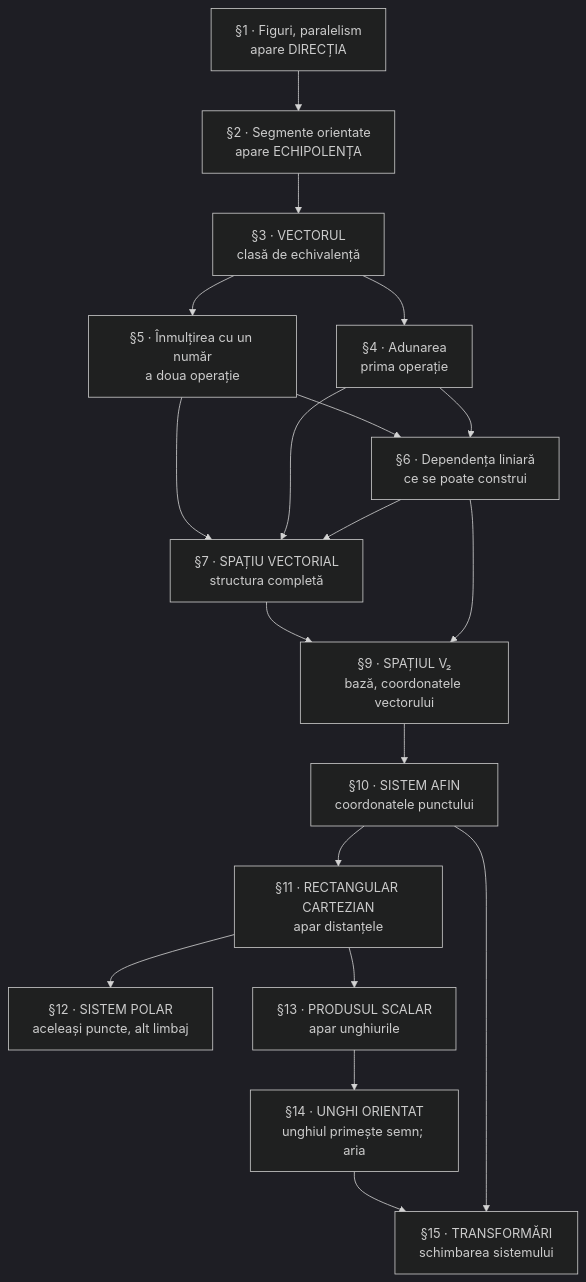
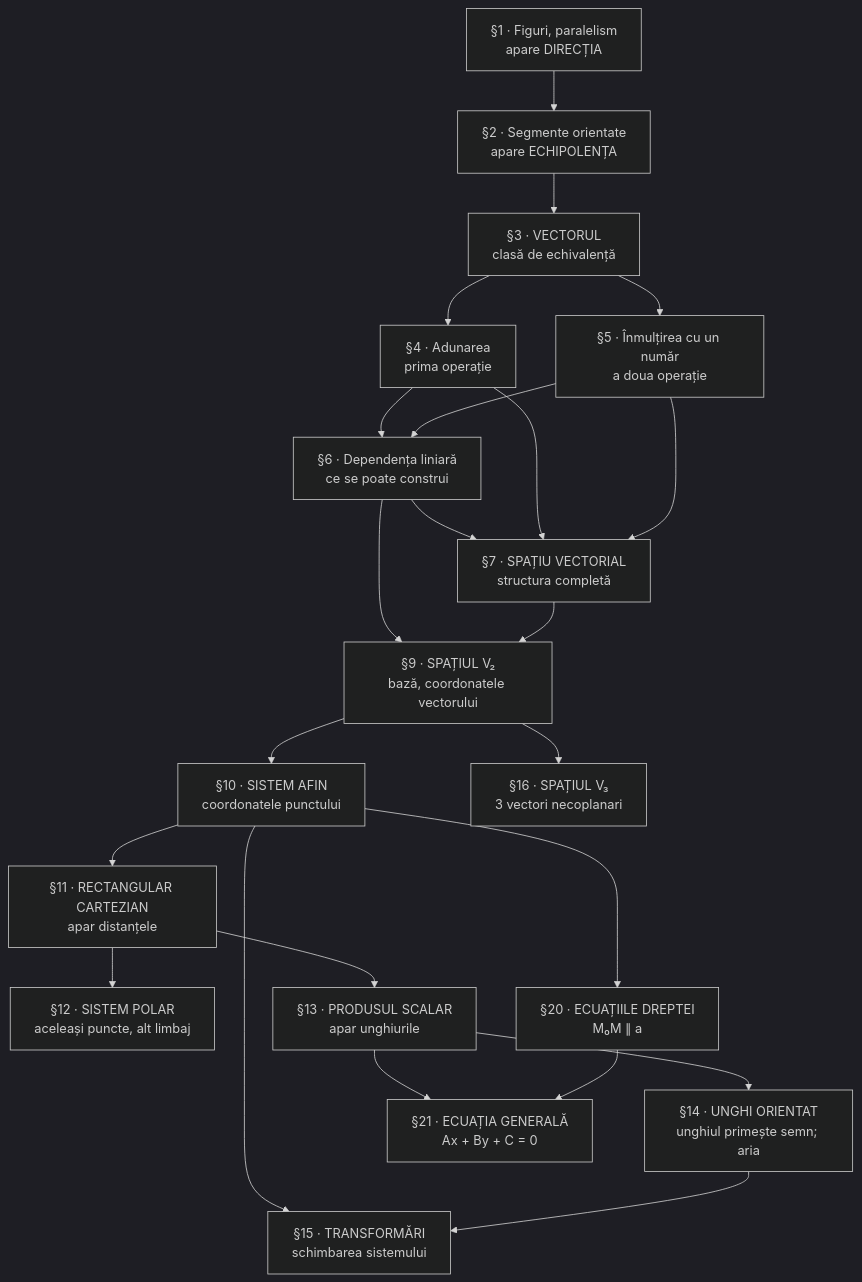
The diagram in content/geometrie-analitica/Geometrie analitică în plan.md (nudoarmetudor/conspecte), drawn with Mermaid (dark theme) before and after one commit. The commit also changed other lines of this file and 47 other files, not shown here.

````diff
--- a/content/geometrie-analitica/Geometrie analitică în plan.md
+++ b/content/geometrie-analitica/Geometrie analitică în plan.md
@@ -163,21 +197,25 @@
 ```mermaid
 graph TD
   S1["§1 · Figuri, paralelism<br/>apare DIRECȚIA"] --> S2["§2 · Segmente orientate<br/>apare ECHIPOLENȚA"]
   S2 --> S3["§3 · VECTORUL<br/>clasă de echivalență"]
   S3 --> S4["§4 · Adunarea<br/>prima operație"]
   S3 --> S5["§5 · Înmulțirea cu un număr<br/>a doua operație"]
   S4 --> S6["§6 · Dependența liniară<br/>ce se poate construi"]
   S5 --> S6
   S6 --> S7["§7 · SPAȚIU VECTORIAL<br/>structura completă"]
   S4 --> S7
   S5 --> S7
   S6 --> S9["§9 · SPAȚIUL V₂<br/>bază, coordonatele vectorului"]
   S7 --> S9
   S9 --> S10["§10 · SISTEM AFIN<br/>coordonatele punctului"]
   S10 --> S11["§11 · RECTANGULAR CARTEZIAN<br/>apar distanțele"]
   S11 --> S12["§12 · SISTEM POLAR<br/>aceleași puncte, alt limbaj"]
   S11 --> S13["§13 · PRODUSUL SCALAR<br/>apar unghiurile"]
   S13 --> S14["§14 · UNGHI ORIENTAT<br/>unghiul primește semn; aria"]
   S10 --> S15["§15 · TRANSFORMĂRI<br/>schimbarea sistemului"]
   S14 --> S15
+  S9 --> S16["§16 · SPAȚIUL V₃<br/>3 vectori necoplanari"]
+  S10 --> S20["§20 · ECUAȚIILE DREPTEI<br/>M₀M ∥ a"]
+  S13 --> S21["§21 · ECUAȚIA GENERALĂ<br/>Ax + By + C = 0"]
+  S20 --> S21
 ```
````
